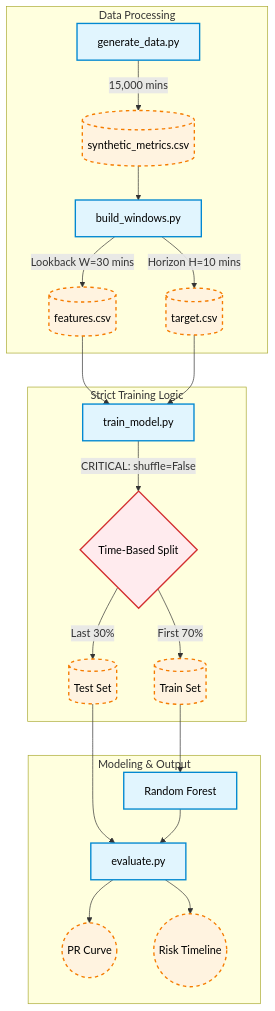
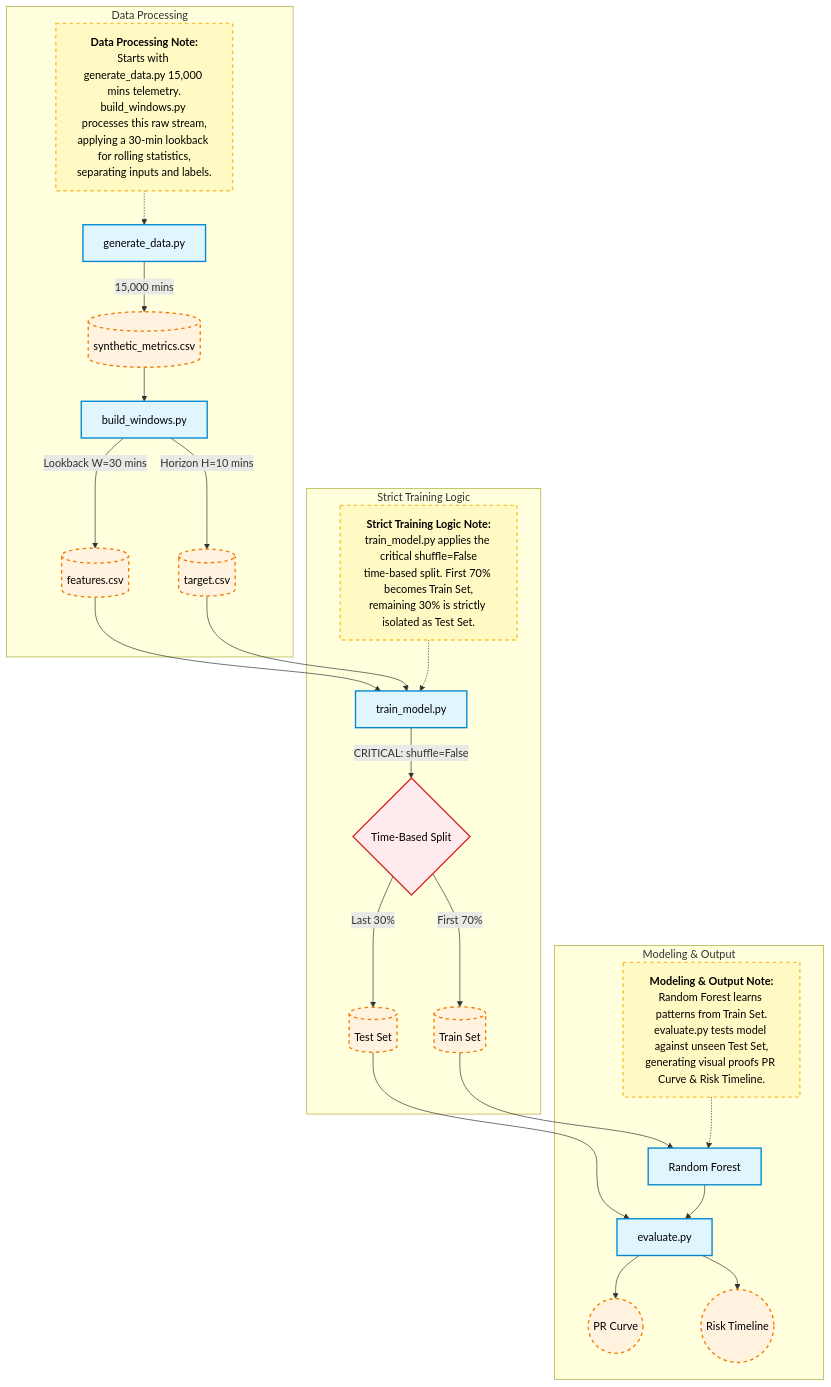
The third of 4 diagrams in DESIGN_DOC.MD (JinTonikCZ/cloud-metrics-incident-prediction), drawn with Mermaid before and after one commit. The commit also changed other lines of this file, not shown here.

````diff
--- a/DESIGN_DOC.MD
+++ b/DESIGN_DOC.MD
@@ -120,30 +121,44 @@
 ```mermaid
 flowchart TD
     %% Detailed pipeline styles
     classDef script fill:#e1f5fe,stroke:#0288d1,stroke-width:2px,color:#000;
     classDef data fill:#fff3e0,stroke:#f57c00,stroke-width:2px,stroke-dasharray: 5 5,color:#000;
     classDef core fill:#ffebee,stroke:#d32f2f,stroke-width:2px,color:#000;
+    %% New Note Style (Yellow Sticky Note)
+    classDef note fill:#fff9c4,stroke:#fbc02d,stroke-width:2px,color:#000,stroke-dasharray: 5 5;
 
     subgraph Data Processing
+        N1[<b>Data Processing Note:</b><br>Starts with generate_data.py 15,000 mins telemetry.<br>build_windows.py processes this raw stream,<br>applying a 30-min lookback for rolling statistics,<br>separating inputs and labels.]:::note
+        
         S1[generate_data.py]:::script -->|15,000 mins| D1[(synthetic_metrics.csv)]:::data
         D1 --> S2[build_windows.py]:::script
         S2 -->|Lookback W=30 mins| D2[(features.csv)]:::data
         S2 -->|Horizon H=10 mins| D3[(target.csv)]:::data
+        
+        N1 -.-> S1
     end
 
     subgraph Strict Training Logic
+        N2[<b>Strict Training Logic Note:</b><br>train_model.py applies the critical shuffle=False<br>time-based split. First 70% becomes Train Set,<br>remaining 30% is strictly isolated as Test Set.]:::note
+
         D2 --> S3[train_model.py]:::script
         D3 --> S3
         S3 -->|CRITICAL: shuffle=False| Split{Time-Based Split}:::core
         Split -->|First 70%| Train[(Train Set)]:::data
         Split -->|Last 30%| Test[(Test Set)]:::data
+        
+        N2 -.-> S3
     end
 
     subgraph Modeling & Output
+        N3[<b>Modeling & Output Note:</b><br>Random Forest learns patterns from Train Set.<br>evaluate.py tests model against unseen Test Set,<br>generating visual proofs PR Curve & Risk Timeline.]:::note
+
         Train --> M1[Random Forest]:::script
         Test --> S4[evaluate.py]:::script
         M1 --> S4
         S4 --> V1((PR Curve)):::data
         S4 --> V2((Risk Timeline)):::data
+        
+        N3 -.-> M1
     end
 ```
````
